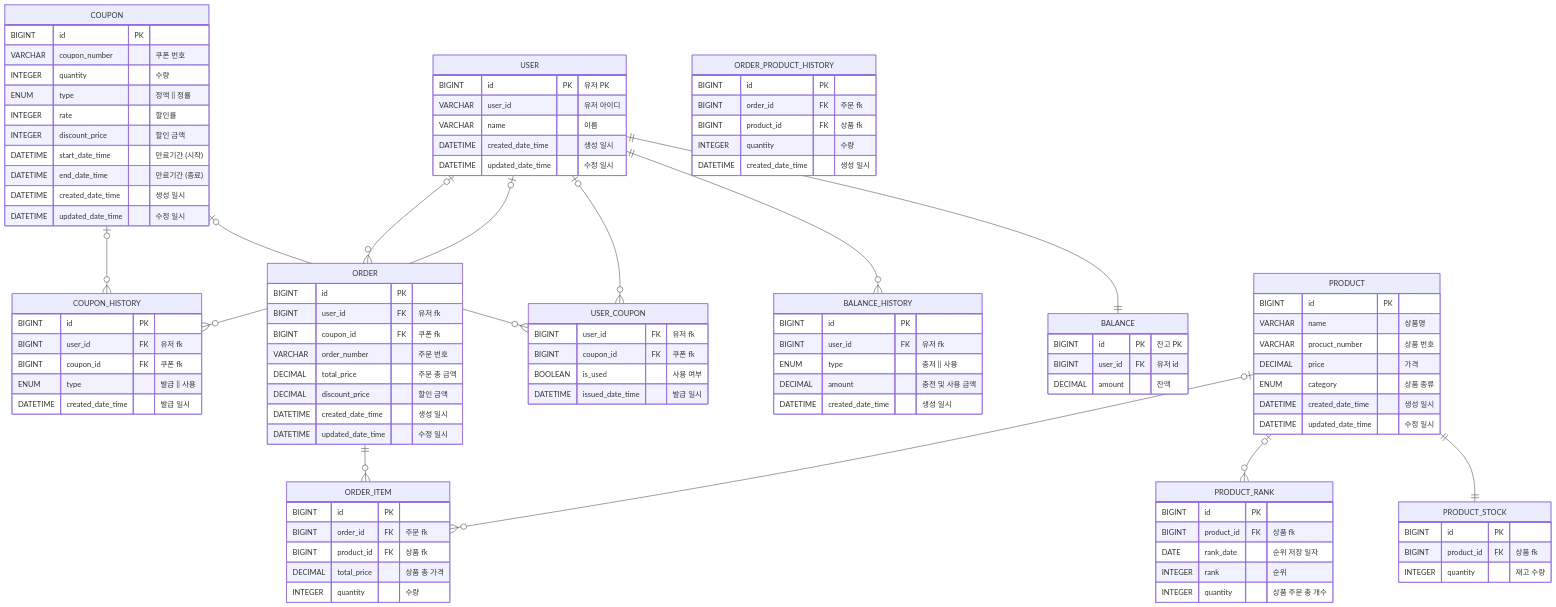
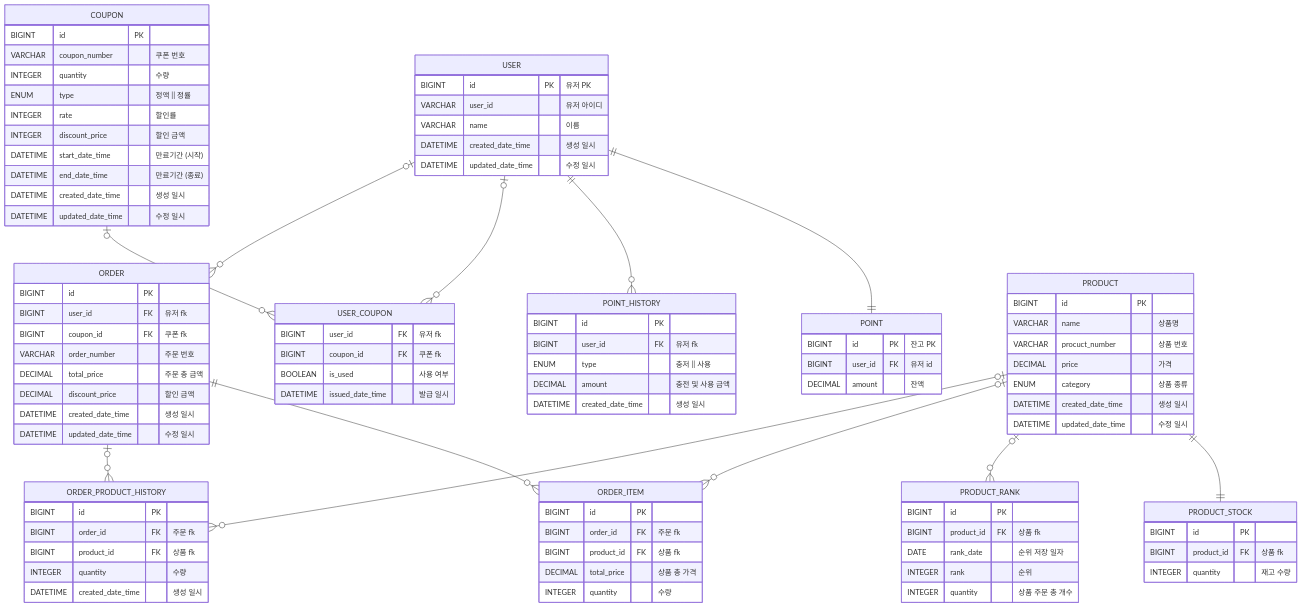
The diagram in 4week/docs/ERD.md (jih3508/hanghea_plus_backend_8th), drawn with Mermaid before and after one commit. The commit also changed other lines of this file and 1 other file, not shown here.

Commit message:
4주차 init 문서 수정

````diff
--- a/4week/docs/ERD.md
+++ b/4week/docs/ERD.md
@@ -2,19 +2,19 @@
 ```mermaid
 erDiagram
-    USER ||--|| BALANCE: ""
-    USER ||--o{ BALANCE_HISTORY: ""
+    USER ||--|| POINT: ""
+    USER ||--o{ POINT_HISTORY: ""
     USER |o--o{ USER_COUPON: ""
-    USER |o--o{ COUPON_HISTORY: ""
     USER |o--o{ ORDER: ""
     
     COUPON |o--o{ USER_COUPON: ""
-    COUPON |o--o{ COUPON_HISTORY: ""
     
     PRODUCT ||--|| PRODUCT_STOCK: ""
     PRODUCT |o--o{ PRODUCT_RANK: ""
     PRODUCT |o--o{ ORDER_ITEM:""
+    PRODUCT |o--o{ ORDER_PRODUCT_HISTORY:""
     
     ORDER ||--o{ ORDER_ITEM:""
+    ORDER |o--o{ORDER_PRODUCT_HISTORY:""
     
     USER {
         BIGINT id PK "유저 PK"
@@ -24,13 +24,13 @@
         DATETIME updated_date_time "수정 일시"
     }
 
-    BALANCE {
+    POINT {
         BIGINT id PK "잔고 PK"
         BIGINT user_id FK "유저 id"
         DECIMAL amount "잔액"
     }
 
-    BALANCE_HISTORY{
+    POINT_HISTORY{
         BIGINT id PK 
         BIGINT user_id FK "유저 fk"
         ENUM type "충저 || 사용"
@@ -58,13 +58,7 @@
         DATETIME issued_date_time "발급 일시"
     }
 
-    COUPON_HISTORY{
-        BIGINT id PK
-        BIGINT user_id FK "유저 fk"
-        BIGINT coupon_id FK "쿠폰 fk"
-        ENUM type "발급 || 사용"
-        DATETIME created_date_time "발급 일시"
-    }
+
 
     PRODUCT{
         BIGINT id PK
````
